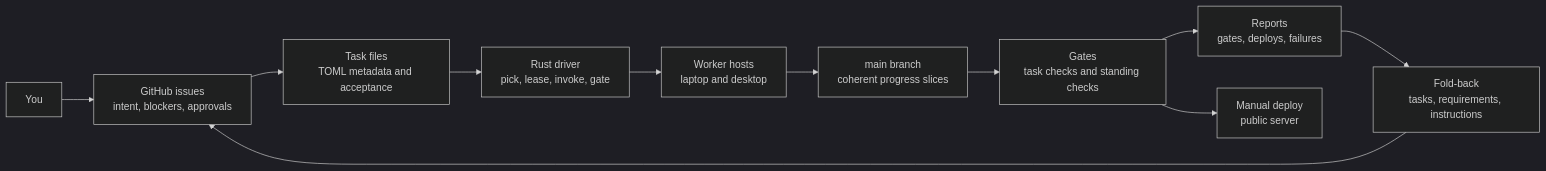
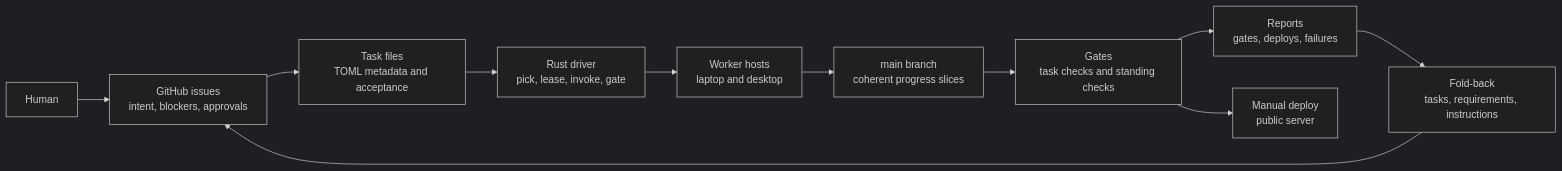
One commit to tlaitinen/terolaitinen.fi changed the first of 19 diagrams in content/posts/agentic-side-project-setup.md. Above: the diagram before and after it, drawn with Mermaid (dark theme). The commit also changed other lines of this file and 1 other file, not shown here.

````diff
--- a/content/posts/agentic-side-project-setup.md
+++ b/content/posts/agentic-side-project-setup.md
@@ -7,13 +7,13 @@
 ```mermaid
 flowchart LR
-    You["You"] --> Issues["GitHub issues<br/>intent, blockers, approvals"]
+    Human["Human"] --> Issues["GitHub issues<br/>intent, blockers, approvals"]
     Issues --> Tasks["Task files<br/>TOML metadata and acceptance"]
     Tasks --> Driver["Rust driver<br/>pick, lease, invoke, gate"]
     Driver --> Workers["Worker hosts<br/>laptop and desktop"]
     Workers --> Main["main branch<br/>coherent progress slices"]
     Main --> Gates["Gates<br/>task checks and standing checks"]
     Gates --> Reports["Reports<br/>gates, deploys, failures"]
     Reports --> FoldBack["Fold-back<br/>tasks, requirements, instructions"]
     FoldBack --> Issues
     Gates --> Deploy["Manual deploy<br/>public server"]
 ```
````
